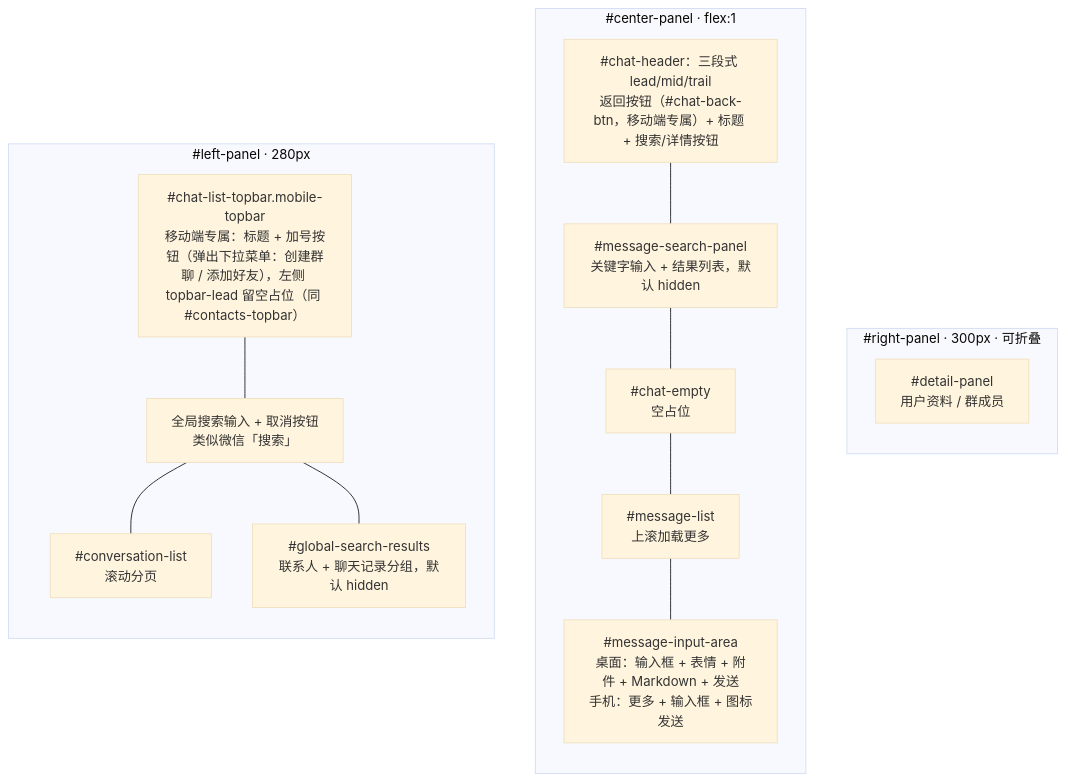
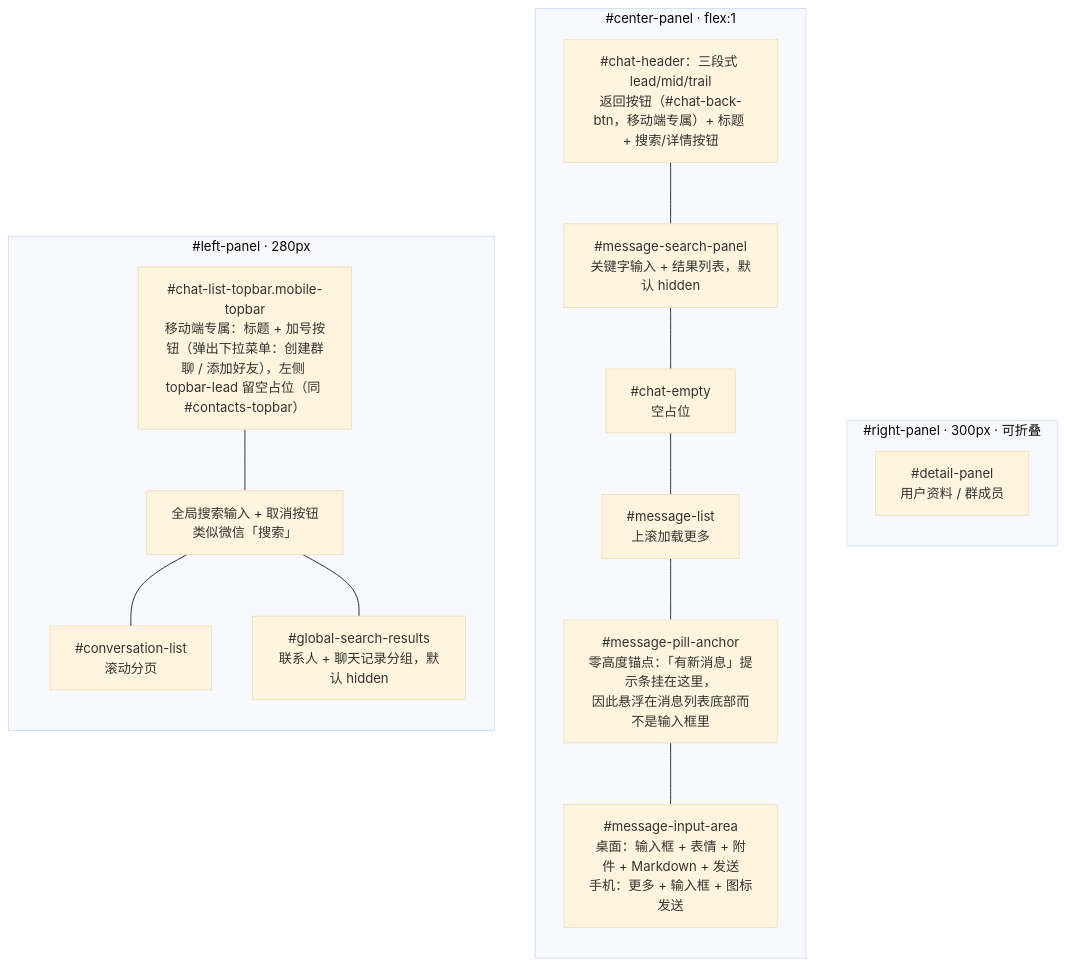
The first of 3 diagrams in packages/uikit/docs/UI设计方案.md (dacez/yimsg), drawn with Mermaid (base theme) before and after one commit. The commit also changed other lines of this file and 12 other files, not shown here.

````diff
--- a/packages/uikit/docs/UI设计方案.md
+++ b/packages/uikit/docs/UI设计方案.md
@@ -146,28 +146,29 @@
 ```mermaid
 graph LR
     subgraph 左栏["#left-panel · 280px"]
         L0["#chat-list-topbar.mobile-topbar<br/>移动端专属：标题 + 加号按钮（弹出下拉菜单：创建群聊 / 添加好友），左侧 topbar-lead 留空占位（同 #contacts-topbar）"]
         L1["全局搜索输入 + 取消按钮<br/>类似微信「搜索」"]
         L2["#conversation-list<br/>滚动分页"]
         L3["#global-search-results<br/>联系人 + 聊天记录分组，默认 hidden"]
         L0 --- L1
         L1 --- L2
         L1 --- L3
     end
 
     subgraph 中栏["#center-panel · flex:1"]
         direction TB
         C1["#chat-header：三段式 lead/mid/trail<br/>返回按钮（#chat-back-btn，移动端专属）+ 标题 + 搜索/详情按钮"]
         C1b["#message-search-panel<br/>关键字输入 + 结果列表，默认 hidden"]
         C2["#chat-empty<br/>空占位"]
         C3["#message-list<br/>上滚加载更多"]
+        C3b["#message-pill-anchor<br/>零高度锚点：「有新消息」提示条挂在这里，<br/>因此悬浮在消息列表底部而不是输入框里"]
         C4["#message-input-area<br/>桌面：输入框 + 表情 + 附件 + Markdown + 发送<br/>手机：更多 + 输入框 + 图标发送"]
-        C1 --- C1b --- C2 --- C3 --- C4
+        C1 --- C1b --- C2 --- C3 --- C3b --- C4
     end
 
     subgraph 右栏["#right-panel · 300px · 可折叠"]
         R1["#detail-panel<br/>用户资料 / 群成员"]
     end
 
     左栏 ~~~ 中栏 ~~~ 右栏
 ```
````
